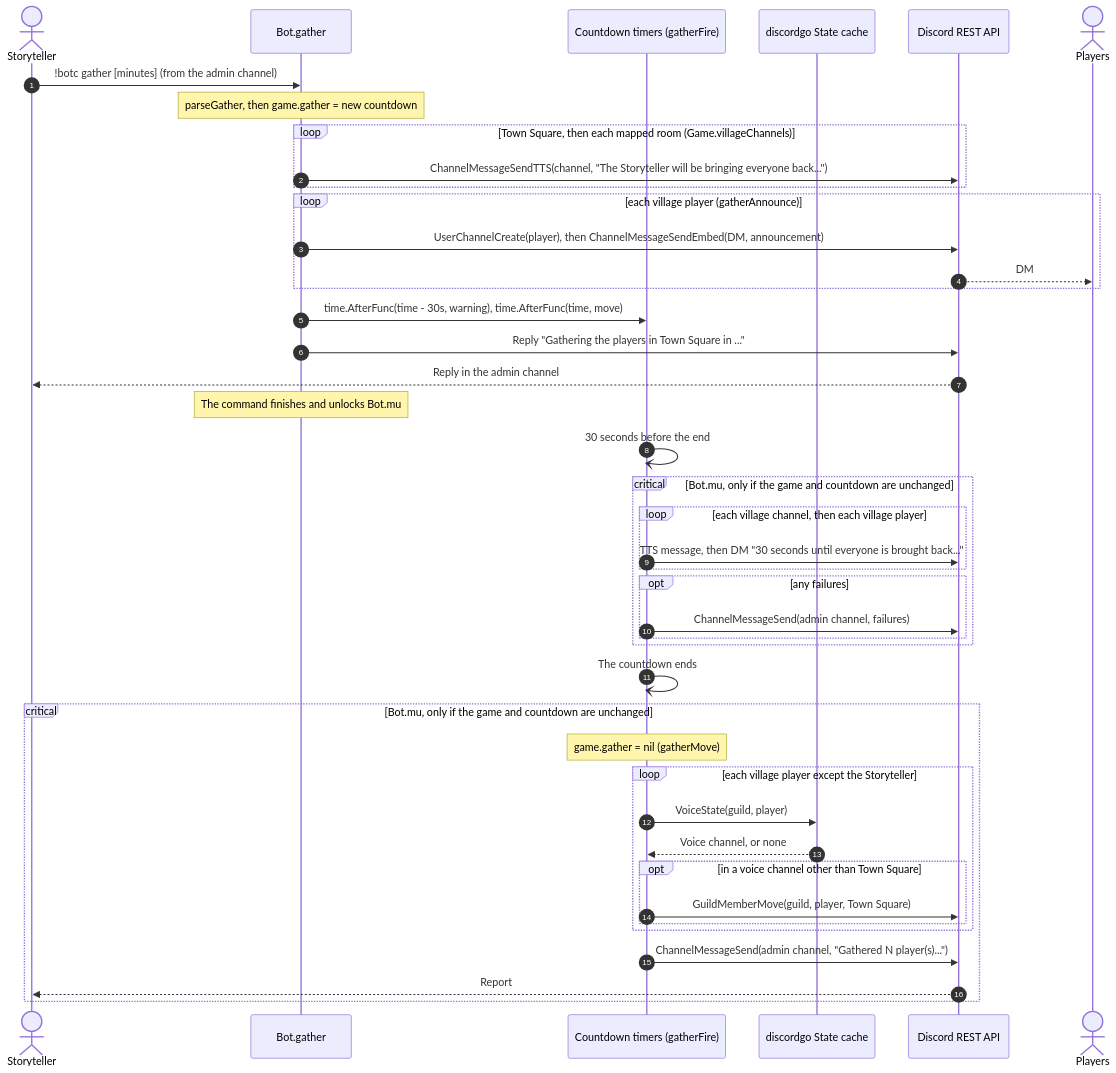
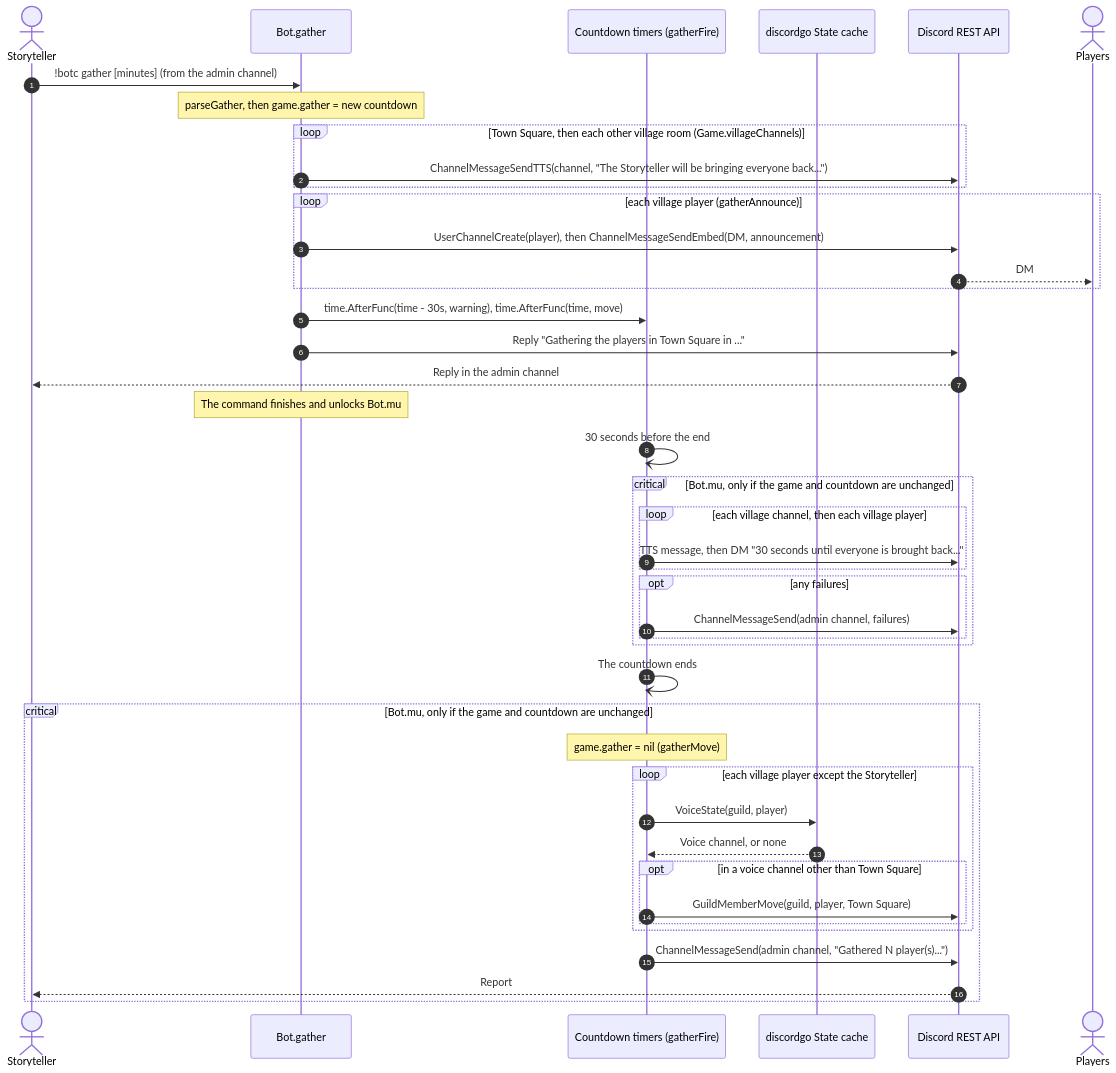
Before and after one commit to RAGNOARAKNOS/BotOnTheClocktower: the third of 4 diagrams in docs/uml/gather.md, drawn with Mermaid. The commit also changed other lines of this file and 21 other files, not shown here.

````diff
--- a/docs/uml/gather.md
+++ b/docs/uml/gather.md
@@ -62,48 +62,48 @@
 ```mermaid
 sequenceDiagram
     autonumber
     actor ST as Storyteller
     participant Bot as Bot.gather
     participant Timer as Countdown timers (gatherFire)
     participant State as discordgo State cache
     participant REST as Discord REST API
     actor Players
 
     ST->>Bot: !botc gather [minutes] (from the admin channel)
     Note over Bot: parseGather, then game.gather = new countdown
-    loop Town Square, then each mapped room (Game.villageChannels)
+    loop Town Square, then each other village room (Game.villageChannels)
         Bot->>REST: ChannelMessageSendTTS(channel, "The Storyteller will be bringing everyone back...")
     end
     loop each village player (gatherAnnounce)
         Bot->>REST: UserChannelCreate(player), then ChannelMessageSendEmbed(DM, announcement)
         REST-->>Players: DM
     end
     Bot->>Timer: time.AfterFunc(time - 30s, warning), time.AfterFunc(time, move)
     Bot->>REST: Reply "Gathering the players in Town Square in ..."
     REST-->>ST: Reply in the admin channel
     Note over Bot: The command finishes and unlocks Bot.mu
 
     Timer-)Timer: 30 seconds before the end
     critical Bot.mu, only if the game and countdown are unchanged
         loop each village channel, then each village player
             Timer->>REST: TTS message, then DM "30 seconds until everyone is brought back..."
         end
         opt any failures
             Timer->>REST: ChannelMessageSend(admin channel, failures)
         end
     end
 
     Timer-)Timer: The countdown ends
     critical Bot.mu, only if the game and countdown are unchanged
         Note over Timer: game.gather = nil (gatherMove)
         loop each village player except the Storyteller
             Timer->>State: VoiceState(guild, player)
             State-->>Timer: Voice channel, or none
             opt in a voice channel other than Town Square
                 Timer->>REST: GuildMemberMove(guild, player, Town Square)
             end
         end
         Timer->>REST: ChannelMessageSend(admin channel, "Gathered N player(s)...")
         REST-->>ST: Report
     end
 ```
````
